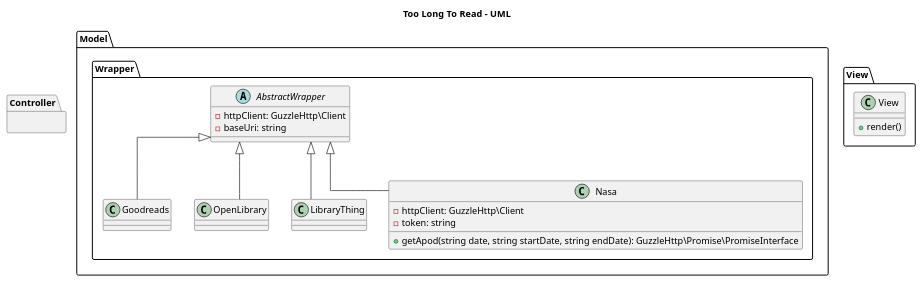
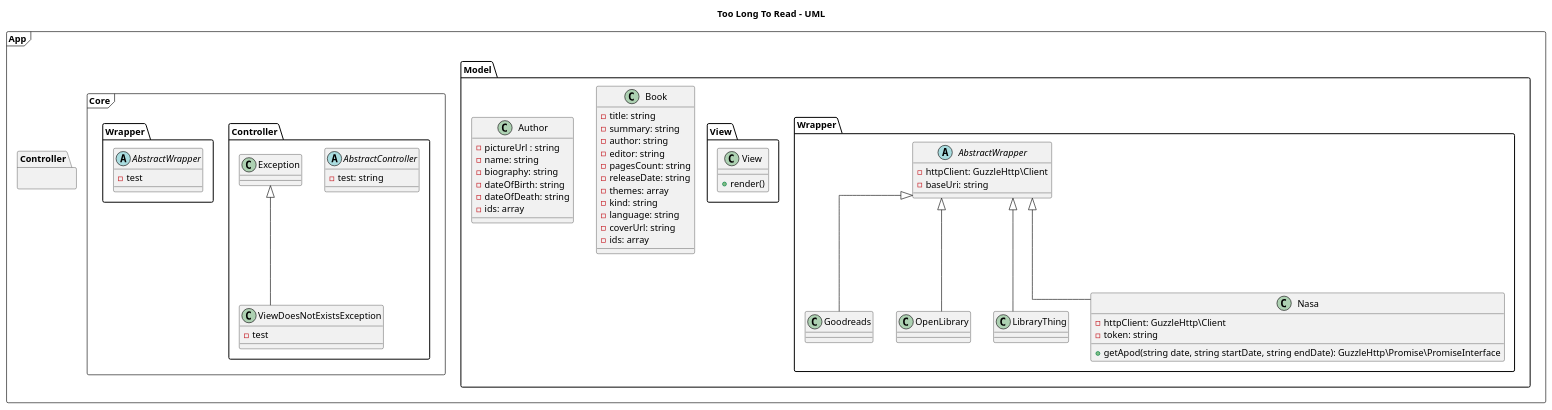
The diagram in docs/diagrams/src/WEB_TooLongToRead_2023_UML.puml (GzIrYsz/too-long-to-read), drawn with PlantUML before and after one commit. The commit also changed 10 other files, not shown here.

```diff
--- a/docs/diagrams/src/WEB_TooLongToRead_2023_UML.puml
+++ b/docs/diagrams/src/WEB_TooLongToRead_2023_UML.puml
@@ -1,43 +1,84 @@
 @startuml "WEB_TooLongToRead_2023_UML"
 
 skinparam linetype ortho
 
 set namespaceSeparator .
 
 title Too Long To Read - UML
 
-namespace Controller {
+namespace App <<Frame>> {
 
-}
+    namespace Controller {
 
-namespace Model {
-    namespace Wrapper {
-        abstract class AbstractWrapper {
-            -httpClient: GuzzleHttp\Client
-            -baseUri: string
+    }
+
+    namespace Model {
+        namespace Wrapper {
+            abstract class AbstractWrapper {
+                -httpClient: GuzzleHttp\Client
+                -baseUri: string
+            }
+
+            class Goodreads extends AbstractWrapper {
+
+            }
+            class OpenLibrary extends AbstractWrapper {
+
+            }
+            class LibraryThing extends AbstractWrapper {
+            }
+            class Nasa extends AbstractWrapper {
+                -httpClient: GuzzleHttp\Client
+                -token: string
+
+                +getApod(string date, string startDate, string endDate): GuzzleHttp\Promise\PromiseInterface
+            }
+        }
+        class Book {
+            -title: string
+            -summary: string
+            -author: string
+            -editor: string
+            -pagesCount: string
+            -releaseDate: string
+            -themes: array
+            -kind: string
+            -language: string
+            -coverUrl: string
+            -ids: array
+        }
+        class Author {
+            -pictureUrl : string
+            -name: string
+            -biography: string
+            -dateOfBirth: string
+            -dateOfDeath: string
+            -ids: array
         }
 
-        class Goodreads extends AbstractWrapper {
-
-        }
-        class OpenLibrary extends AbstractWrapper {
-
-        }
-        class LibraryThing extends AbstractWrapper {
-        }
-        class Nasa extends AbstractWrapper {
-            -httpClient: GuzzleHttp\Client
-            -token: string
-
-            +getApod(string date, string startDate, string endDate): GuzzleHttp\Promise\PromiseInterface
+    namespace View {
+        class View {
+            +render()
         }
     }
 }
 
-namespace View {
-    class View {
-        +render()
+namespace Core <<Frame>> {
+
+    namespace Controller {
+        abstract class AbstractController {
+            -test: string
+        }
+        class ViewDoesNotExistsException extends Exception {
+            -test
+        }
+    }
+
+    namespace Wrapper {
+        abstract class AbstractWrapper {
+            -test
+        }
     }
 }
 
 @enduml
```
